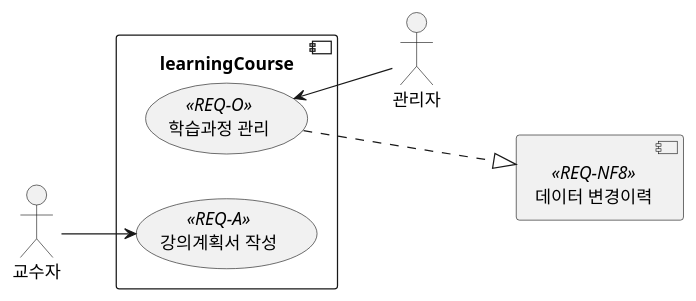
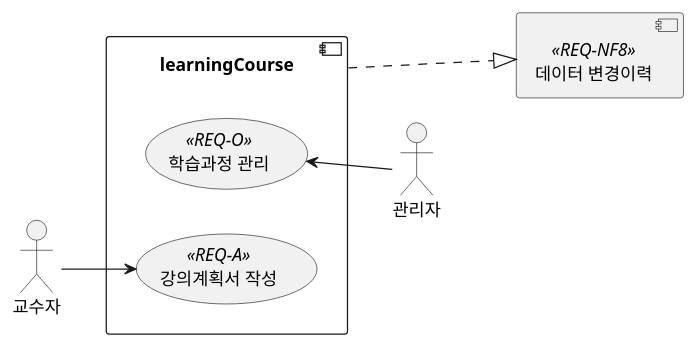
Before and after one commit to ohhoonim/lms: the diagram in src/main/java/dev/ohhoonim/lms/domain/learningCourses/design/usecase.md, drawn with PlantUML. The commit also changed 3 other files, not shown here.

````diff
--- a/src/main/java/dev/ohhoonim/lms/domain/learningCourses/design/usecase.md
+++ b/src/main/java/dev/ohhoonim/lms/domain/learningCourses/design/usecase.md
@@ -5,19 +5,19 @@
 ```plantuml
 @startuml
 left to right direction
 :교수자: as professor
 :관리자: as manager
 
 component learningCourse {
     (강의계획서 작성) as req_a <<REQ-A>>
     (학습과정 관리) as req_o <<REQ-O>>
 
 }
 
 [데이터 변경이력] <<REQ-NF8>>
 
 professor --> req_a
 manager -up-> req_o
-req_o ...|> [데이터 변경이력]
+learningCourse ...|> [데이터 변경이력]
 @enduml
 ```
````
